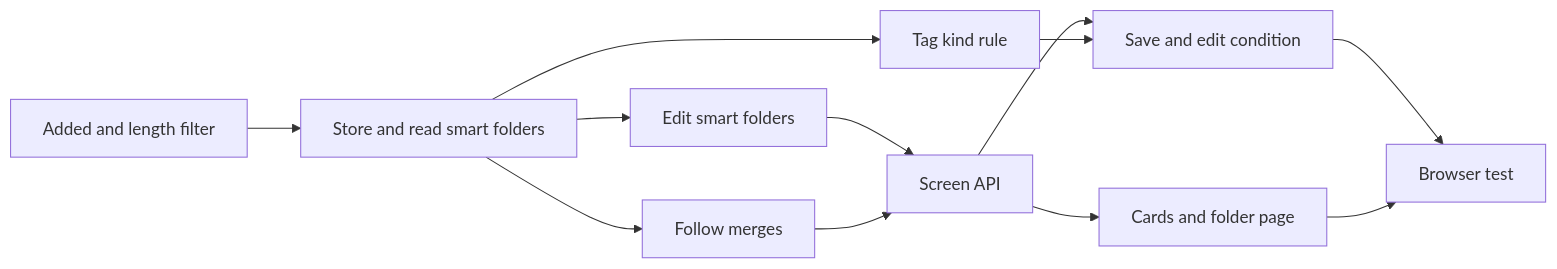
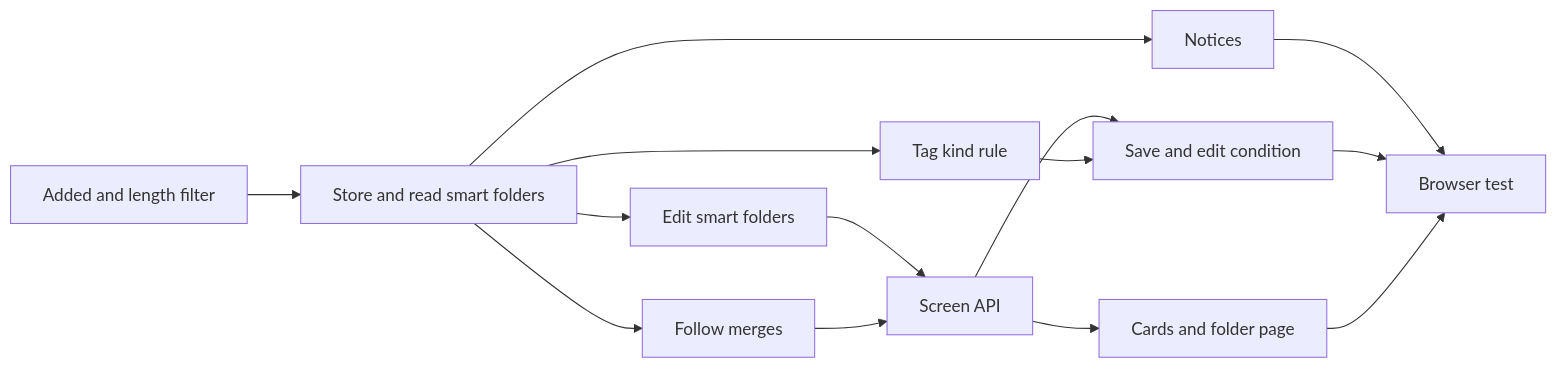
The second of 2 diagrams in specs/052-smart-folders/plan.md (syudead/vv), drawn with Mermaid before and after one commit. The commit also changed other lines of this file and 5 other files, not shown here.

````diff
--- a/specs/052-smart-folders/plan.md
+++ b/specs/052-smart-folders/plan.md
@@ -142,14 +142,16 @@
 ```mermaid
 flowchart LR
   facts[Added and length filter] --> read[Store and read smart folders]
   read --> edit[Edit smart folders]
   read --> merge[Follow merges]
   read --> kind[Tag kind rule]
+  read --> notice[Notices]
   edit --> api[Screen API]
   merge --> api
   api --> save[Save and edit condition]
   kind --> save
   api --> page[Cards and folder page]
+  notice --> e2e
   save --> e2e[Browser test]
   page --> e2e
 ```
````
